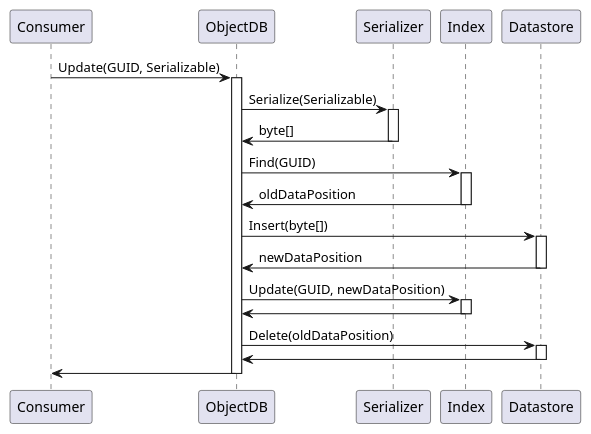
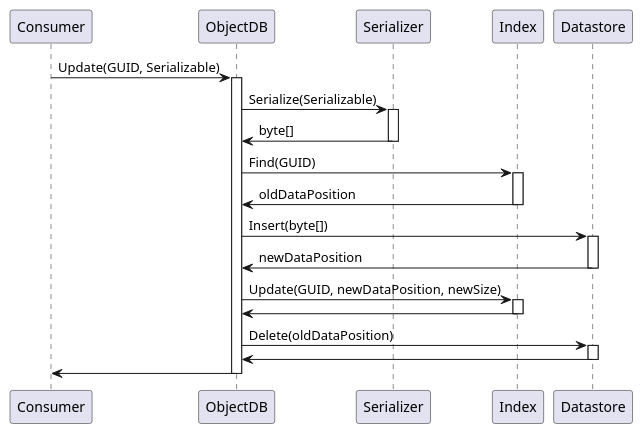
Before and after one commit to markus-wa/ObjectOrientedDB: the diagram in doc/sd-update.puml, drawn with PlantUML.

```diff
--- a/doc/sd-update.puml
+++ b/doc/sd-update.puml
@@ -1,27 +1,27 @@
 @startuml
 participant Consumer
 participant ObjectDB
 participant Serializer
 participant Index
 participant Datastore
 
 Consumer -> ObjectDB ++: Update(GUID, Serializable)
 
 ObjectDB  -> Serializer ++: Serialize(Serializable)
 Serializer -> ObjectDB --: byte[]
 
 ObjectDB -> Index ++: Find(GUID)
 Index -> ObjectDB --: oldDataPosition
 
 ObjectDB -> Datastore ++: Insert(byte[])
 Datastore -> ObjectDB --: newDataPosition
 
-ObjectDB -> Index ++: Update(GUID, newDataPosition)
+ObjectDB -> Index ++: Update(GUID, newDataPosition, newSize)
 Index -> ObjectDB --
 
 ObjectDB -> Datastore ++: Delete(oldDataPosition)
 Datastore -> ObjectDB --
 
 ObjectDB -> Consumer --
 
 @enduml
```
